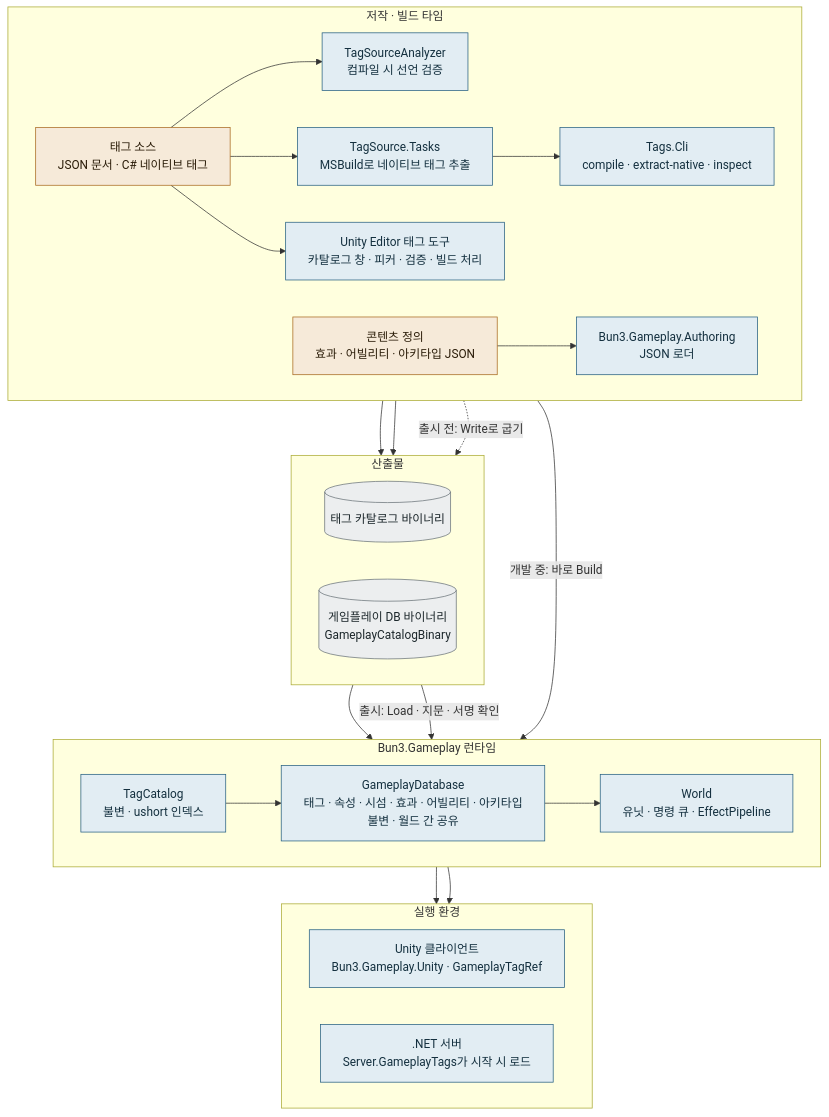
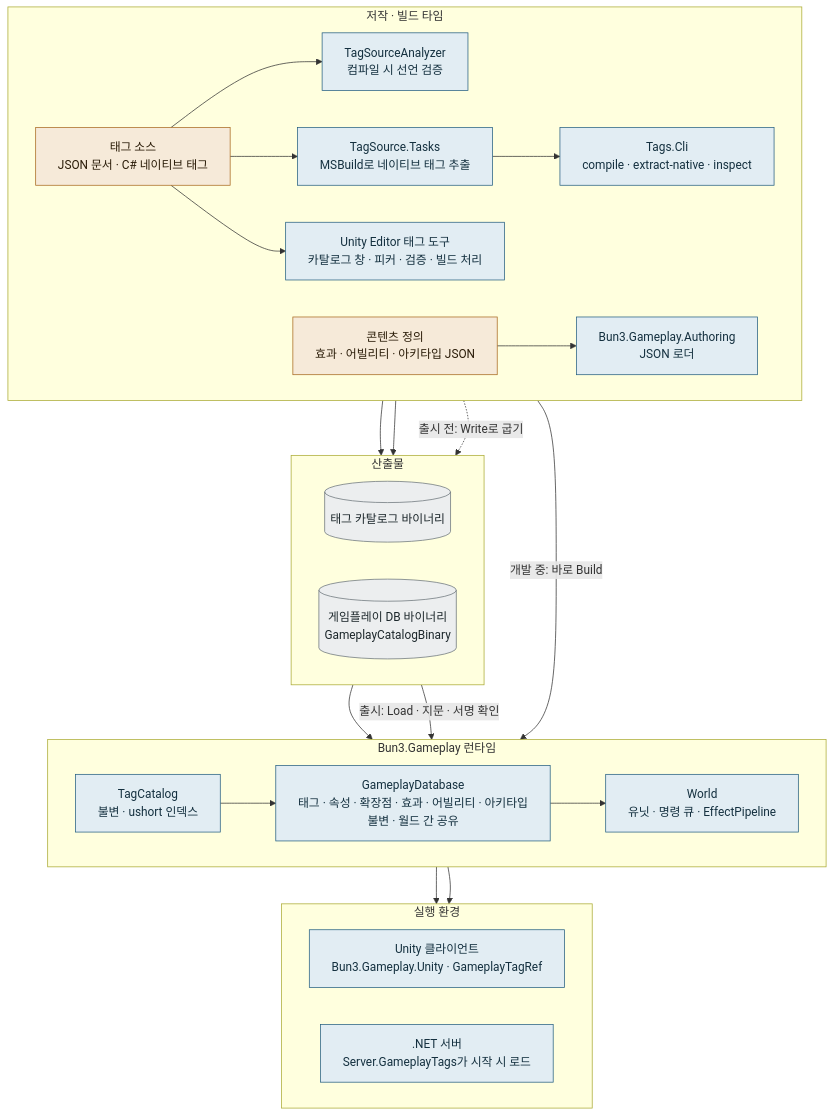
One commit to Bun3/bun3-kit changed the sixth of 13 diagrams in docs/architecture/gameplay.md. Above: the diagram before and after it, drawn with Mermaid. The commit also changed other lines of this file and 1 other file, not shown here.

````diff
--- a/docs/architecture/gameplay.md
+++ b/docs/architecture/gameplay.md
@@ -136,48 +136,48 @@
 ```mermaid
 %%{init: {"flowchart": {"wrappingWidth": 640}}}%%
 flowchart TB
   subgraph AUTH["저작 · 빌드 타임"]
     direction LR
     TS["태그 소스<br/>JSON 문서 · C# 네이티브 태그"]:::game
     AN["TagSourceAnalyzer<br/>컴파일 시 선언 검증"]
     TK["TagSource.Tasks<br/>MSBuild로 네이티브 태그 추출"]
     CLI["Tags.Cli<br/>compile · extract-native · inspect"]
     ED["Unity Editor 태그 도구<br/>카탈로그 창 · 피커 · 검증 · 빌드 처리"]
     CJ["콘텐츠 정의<br/>효과 · 어빌리티 · 아키타입 JSON"]:::game
     AJ["Bun3.Gameplay.Authoring<br/>JSON 로더"]
   end
   subgraph ART["산출물"]
     direction LR
     TB[("태그 카탈로그 바이너리")]:::art
     GB[("게임플레이 DB 바이너리<br/>GameplayCatalogBinary")]:::art
   end
   subgraph RT["Bun3.Gameplay 런타임"]
     direction LR
     TC["TagCatalog<br/>불변 · ushort 인덱스"]
-    DB["GameplayDatabase<br/>태그 · 속성 · 시섬 · 효과 · 어빌리티 · 아키타입<br/>불변 · 월드 간 공유"]
+    DB["GameplayDatabase<br/>태그 · 속성 · 확장점 · 효과 · 어빌리티 · 아키타입<br/>불변 · 월드 간 공유"]
     W["World<br/>유닛 · 명령 큐 · EffectPipeline"]
   end
   subgraph HOST["실행 환경"]
     direction LR
     U["Unity 클라이언트<br/>Bun3.Gameplay.Unity · GameplayTagRef"]
     S[".NET 서버<br/>Server.GameplayTags가 시작 시 로드"]
   end
   TS --> AN
   TS --> TK
   TK --> CLI
   TS --> ED
   CLI --> TB
   ED --> TB
   CJ --> AJ
   AJ -->|"개발 중: 바로 Build"| DB
   AJ -.->|"출시 전: Write로 굽기"| GB
   TB --> TC
   TC --> DB
   GB -->|"출시: Load · 지문 · 서명 확인"| DB
   DB --> W
   W --> U
   W --> S
   classDef game fill:#f6ead9,stroke:#a8691f,color:#2a1c08
   classDef art fill:#eceeef,stroke:#6a7479,color:#1c272b
   classDef default fill:#e2edf3,stroke:#255f80,color:#14303f
 ```
````
